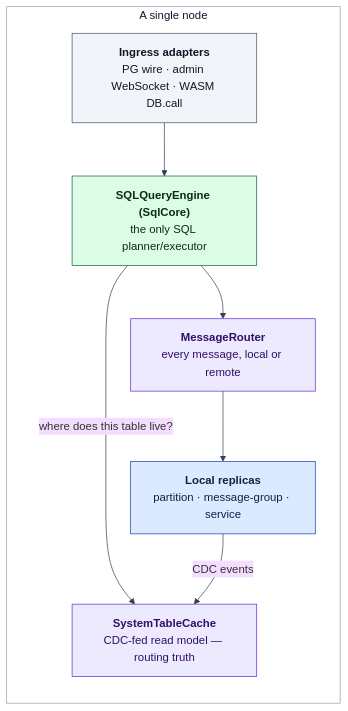
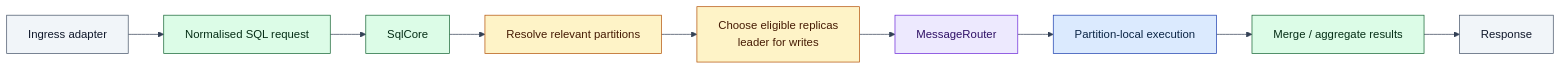
The fifth of 9 diagrams in architecture/system-model.md (psvensson/lagrange), drawn with Mermaid before and after one commit. The commit also changed other lines of this file, not shown here.

Commit message:
Rebuild Lagrange system mental model

````diff
--- a/architecture/system-model.md
+++ b/architecture/system-model.md
@@ -127,24 +222,18 @@
 ```mermaid
 %%{init: {'theme':'base','themeVariables':{'background':'#ffffff','lineColor':'#334155','textColor':'#0f172a'}}}%%
-flowchart TD
-  subgraph Node["A single node"]
-    direction TB
-    ING["<b>Ingress adapters</b><br/>PG wire · admin WebSocket · WASM DB.call"]:::ext
-    SQL["<b>SQLQueryEngine (SqlCore)</b><br/>the only SQL planner/executor"]:::svc
-    CACHE["<b>SystemTableCache</b><br/>CDC-fed read model — routing truth"]:::move
-    ROUTER["<b>MessageRouter</b><br/>every message, local or remote"]:::move
-    REPLICAS["<b>Local replicas</b><br/>partition · message-group · service"]:::data
-  end
+flowchart LR
+  I["Ingress adapter"]:::ext --> R["Normalised SQL request"]:::svc
+  R --> E["SqlCore"]:::svc
+  E --> P["Resolve relevant partitions"]:::ctrl
+  P --> C["Choose eligible replicas<br/>leader for writes"]:::ctrl
+  C --> M["MessageRouter"]:::move
+  M --> X["Partition-local execution"]:::data
+  X --> A["Merge / aggregate results"]:::svc
+  A --> O["Response"]:::ext
 
-  ING --> SQL
-  SQL -->|"where does this table live?"| CACHE
-  SQL --> ROUTER
-  ROUTER --> REPLICAS
-  REPLICAS -->|"CDC events"| CACHE
-
-  style Node fill:#ffffff,stroke:#94a3b8,color:#0f172a
   classDef data fill:#dbeafe,stroke:#1e40af,color:#0b2545
   classDef svc fill:#dcfce7,stroke:#166534,color:#052e16
+  classDef ctrl fill:#fef3c7,stroke:#b45309,color:#451a03
   classDef move fill:#ede9fe,stroke:#6d28d9,color:#2e1065
   classDef ext fill:#f1f5f9,stroke:#475569,color:#0f172a
 ```
````
